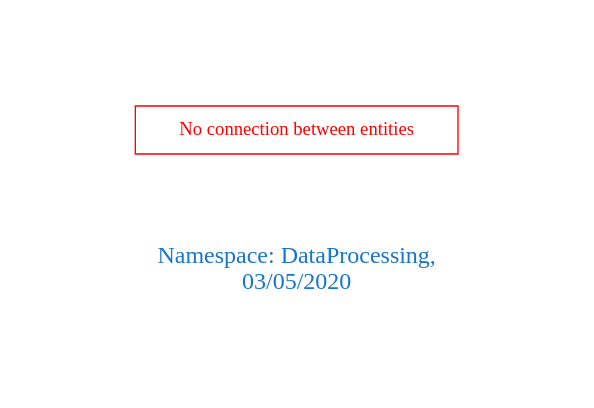
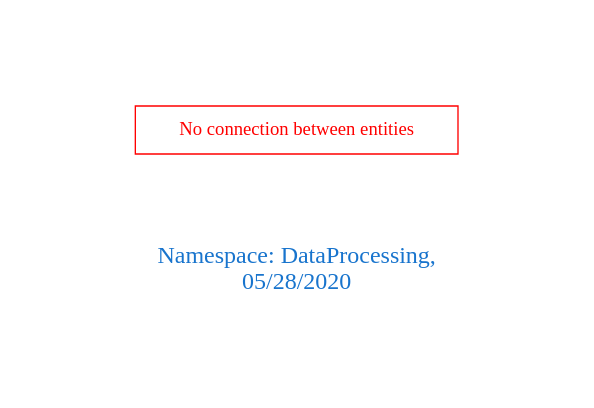
Before and after one commit to arago/OGIT: the diagram in downloads/DataProcessing.dot, drawn with Graphviz. The commit also changed 1715 other files, not shown here.

```diff
--- a/downloads/DataProcessing.dot
+++ b/downloads/DataProcessing.dot
@@ -1,9 +1,9 @@
 digraph OGIT_ontology {
  graph [ rankdir= LR,pad=1 
 fontsize = 18,
-fontcolor= dodgerblue3,label = "\n\n\nNamespace: DataProcessing, \n 03/05/2020"];
+fontcolor= dodgerblue3,label = "\n\n\nNamespace: DataProcessing, \n 05/28/2020"];
 node[shape=polygon];
 edge [  color="gray81"];
 
 "No connection between entities" [fontcolor = "red",color="red", shape="polygon"]
 }
```
